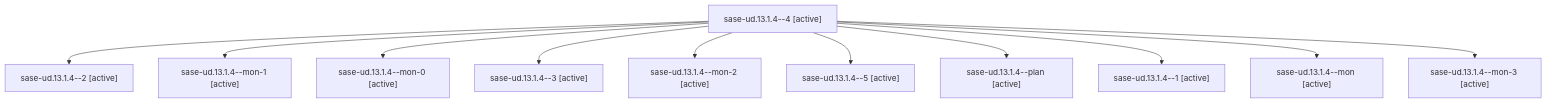
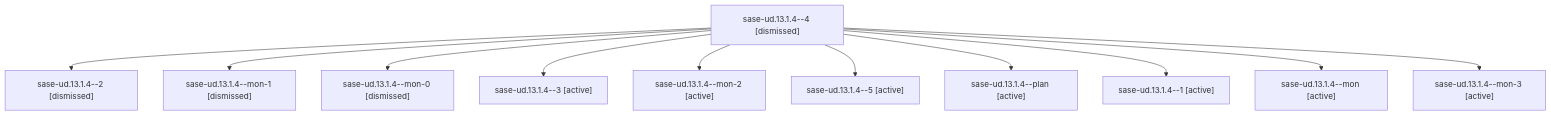
The diagram in sessions/bbugyi200.athena.sase-ud.13.1.4.md (sase-org/sase--agents), drawn with Mermaid before and after one commit. The commit also changed other lines of this file and 262 other files, not shown here.

````diff
--- a/sessions/bbugyi200.athena.sase-ud.13.1.4.md
+++ b/sessions/bbugyi200.athena.sase-ud.13.1.4.md
@@ -9,24 +9,24 @@
 ```mermaid
 flowchart TD
-  n0["sase-ud.13.1.4--4 [active]"]
-  n1["sase-ud.13.1.4--2 [active]"]
+  n0["sase-ud.13.1.4--4 [dismissed]"]
+  n1["sase-ud.13.1.4--2 [dismissed]"]
   n0 --> n1
-  n2["sase-ud.13.1.4--mon-1 [active]"]
+  n2["sase-ud.13.1.4--mon-1 [dismissed]"]
   n0 --> n2
-  n3["sase-ud.13.1.4--mon-0 [active]"]
+  n3["sase-ud.13.1.4--mon-0 [dismissed]"]
   n0 --> n3
   n4["sase-ud.13.1.4--3 [active]"]
   n0 --> n4
   n5["sase-ud.13.1.4--mon-2 [active]"]
   n0 --> n5
   n6["sase-ud.13.1.4--5 [active]"]
   n0 --> n6
   n7["sase-ud.13.1.4--plan [active]"]
   n0 --> n7
   n8["sase-ud.13.1.4--1 [active]"]
   n0 --> n8
   n9["sase-ud.13.1.4--mon [active]"]
   n0 --> n9
   n10["sase-ud.13.1.4--mon-3 [active]"]
   n0 --> n10
 ```
````
